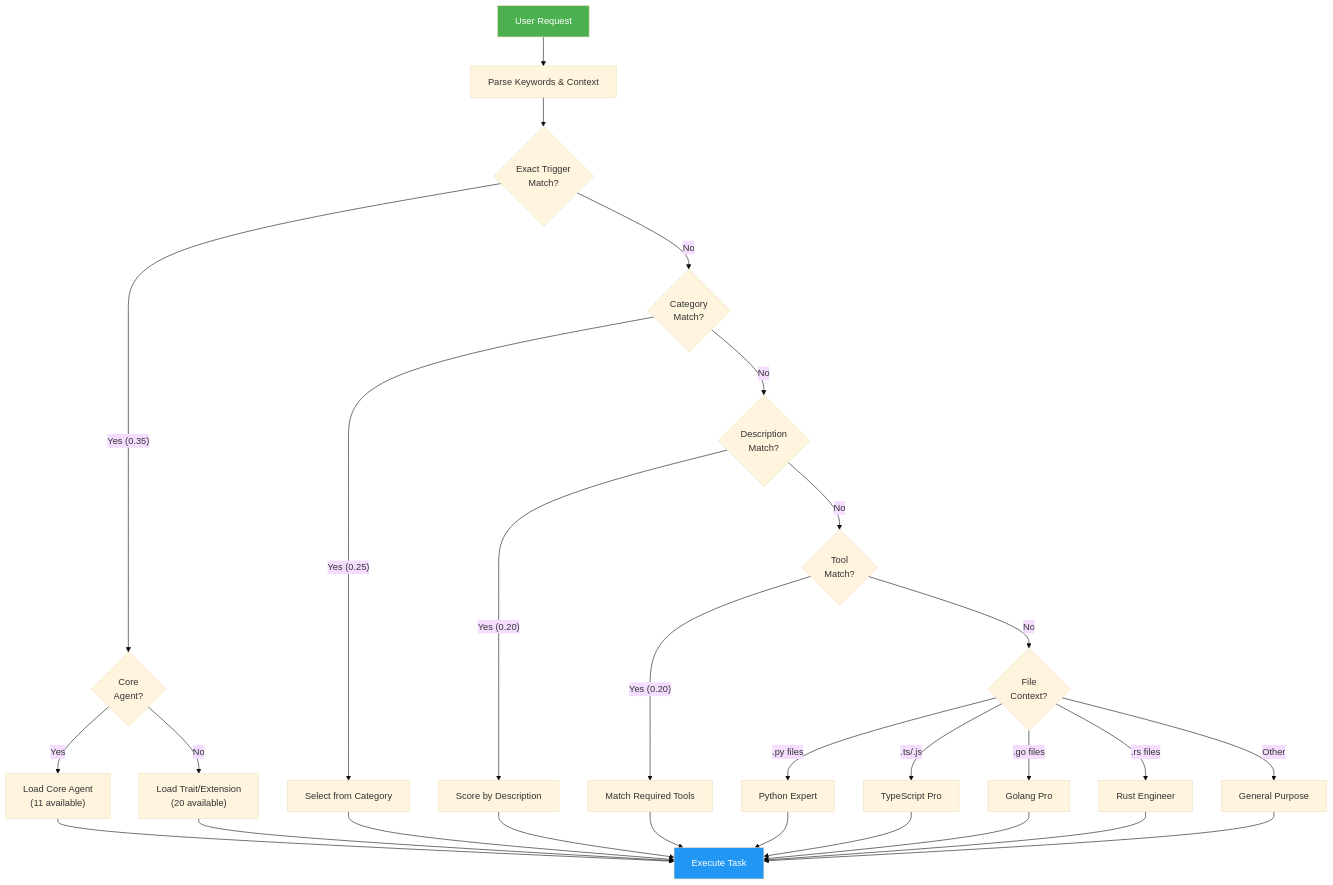
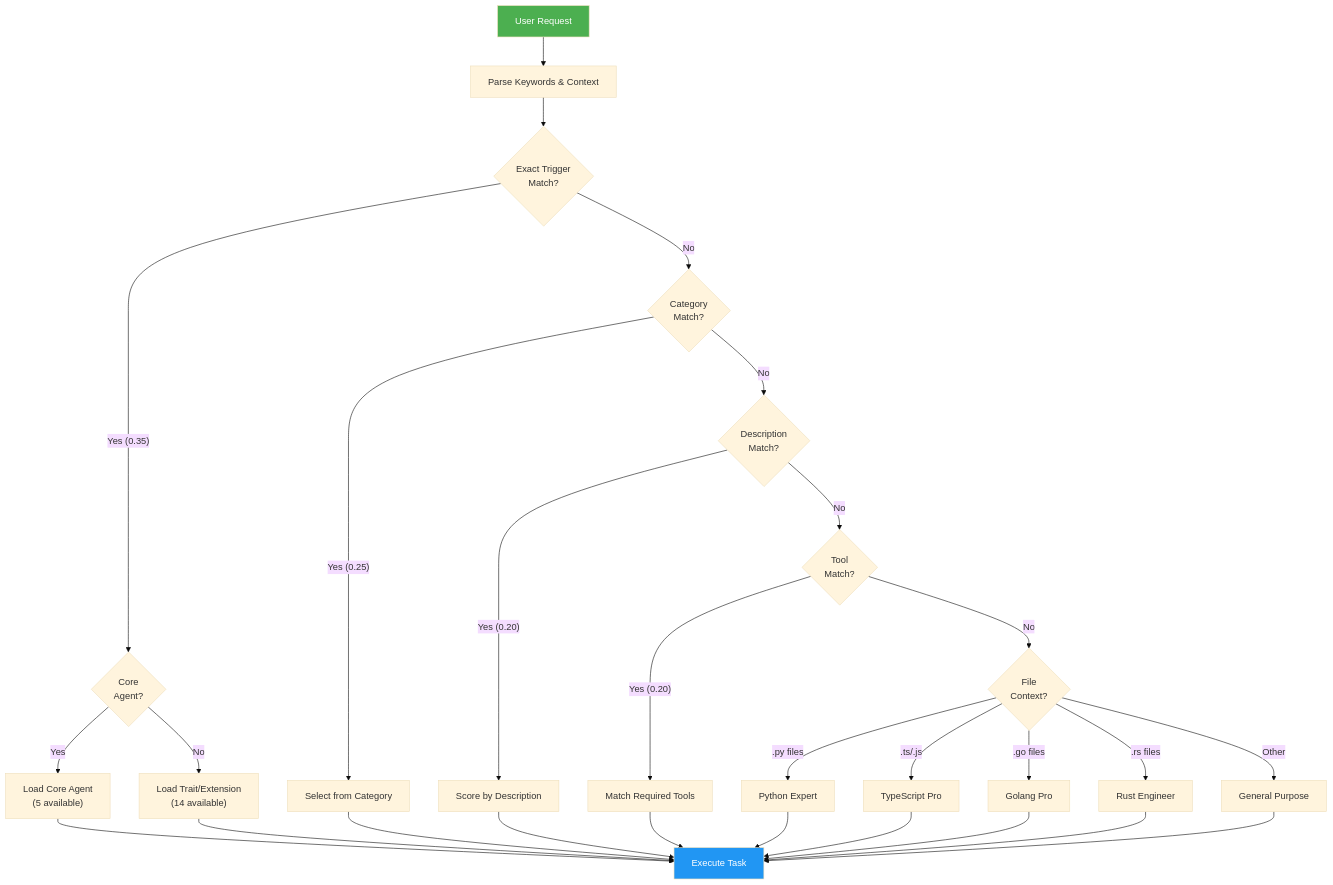
One commit to Tony363/SuperClaude changed the third of 9 diagrams in README.md. Above: the diagram before and after it, drawn with Mermaid (base theme). The commit also changed other lines of this file, not shown here.

First line of the commit message:
docs: Update README agent counts and selection config to match tiered architecture (#75)

````diff
--- a/README.md
+++ b/README.md
@@ -712,40 +716,40 @@
 ```mermaid
 flowchart TD
     START["User Request"] --> PARSE["Parse Keywords & Context"]
 
     PARSE --> TRIGGER{"Exact Trigger<br/>Match?"}
     TRIGGER -->|"Yes (0.35)"| CORE{"Core<br/>Agent?"}
     TRIGGER -->|"No"| CATEGORY{"Category<br/>Match?"}
 
-    CORE -->|"Yes"| USE_CORE["Load Core Agent<br/>(11 available)"]
-    CORE -->|"No"| USE_EXT["Load Trait/Extension<br/>(20 available)"]
+    CORE -->|"Yes"| USE_CORE["Load Core Agent<br/>(5 available)"]
+    CORE -->|"No"| USE_EXT["Load Trait/Extension<br/>(14 available)"]
 
     CATEGORY -->|"Yes (0.25)"| CAT_SELECT["Select from Category"]
     CATEGORY -->|"No"| DESC{"Description<br/>Match?"}
 
     DESC -->|"Yes (0.20)"| DESC_SELECT["Score by Description"]
     DESC -->|"No"| TOOL{"Tool<br/>Match?"}
 
     TOOL -->|"Yes (0.20)"| TOOL_SELECT["Match Required Tools"]
     TOOL -->|"No"| FILE{"File<br/>Context?"}
 
     FILE -->|".py files"| PYTHON["Python Expert"]
     FILE -->|".ts/.js"| TS["TypeScript Pro"]
     FILE -->|".go files"| GO["Golang Pro"]
     FILE -->|".rs files"| RUST["Rust Engineer"]
     FILE -->|"Other"| GENERAL["General Purpose"]
 
     USE_CORE --> EXEC["Execute Task"]
     USE_EXT --> EXEC
     CAT_SELECT --> EXEC
     DESC_SELECT --> EXEC
     TOOL_SELECT --> EXEC
     PYTHON --> EXEC
     TS --> EXEC
     GO --> EXEC
     RUST --> EXEC
     GENERAL --> EXEC
 
     style START fill:#4caf50,color:#fff
     style EXEC fill:#2196f3,color:#fff
 ```
````
